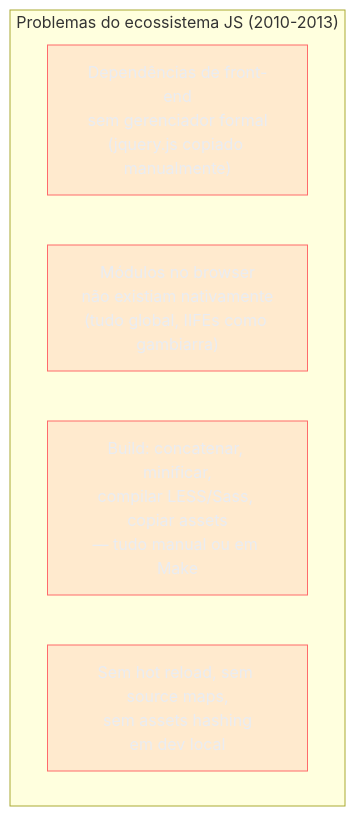
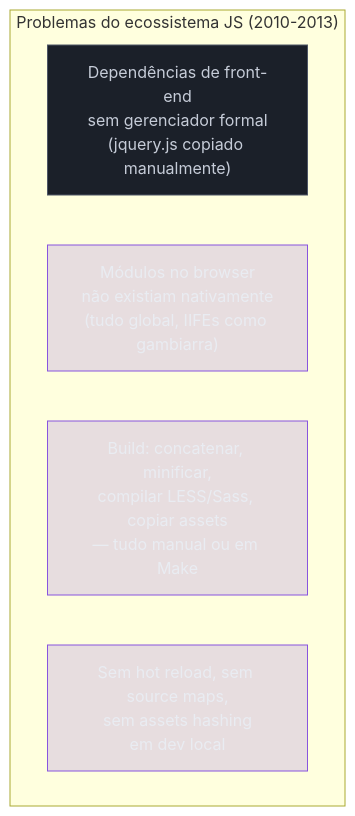
The first of 9 diagrams in 03-Dominios/Tecnologia/Tooling e Build/10 - Ferramentas legadas - Grunt, Gulp, Bower, Browserify e RequireJS.md (josenaldo/codex-technomanticus), drawn with Mermaid before and after one commit. The commit also changed 601 other files, not shown here.

````diff
--- a/03-Dominios/Tecnologia/Tooling e Build/10 - Ferramentas legadas - Grunt, Gulp, Bower, Browserify e RequireJS.md
+++ b/03-Dominios/Tecnologia/Tooling e Build/10 - Ferramentas legadas - Grunt, Gulp, Bower, Browserify e RequireJS.md
@@ -45,15 +45,16 @@
 ```mermaid
 graph TD
-    classDef falha fill:#FF6B6B24,stroke:#FF6B6B,color:#E9ECF2
+    classDef marca fill:#8855DF33,stroke:#8855DF,color:#E9ECF2
+    classDef neutro fill:#1B2029,stroke:#4E5666,color:#C6CCD8
     subgraph "Problemas do ecossistema JS (2010-2013)"
         P1["Dependências de front-end\nsem gerenciador formal\n(jquery.js copiado manualmente)"]
         P2["Módulos no browser\nnão existiam nativamente\n(tudo global, IIFEs como gambiarra)"]
         P3["Build: concatenar, minificar,\ncompilar LESS/Sass, copiar assets\n— tudo manual ou em Make"]
         P4["Sem hot reload, sem source maps,\nsem assets hashing\nem dev local"]
     end
 
-    class P1 falha
-    class P2 falha
-    class P3 falha
-    class P4 falha
+    class P1 neutro
+    class P2 marca
+    class P3 marca
+    class P4 marca
 ```
````
